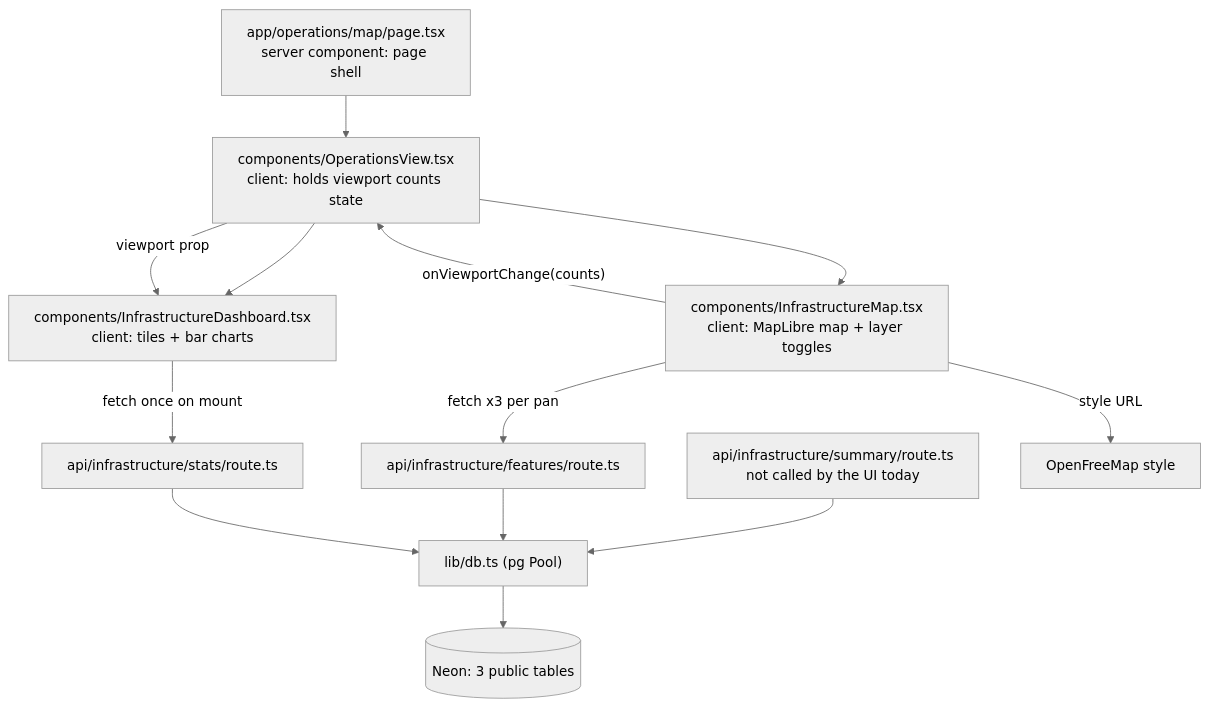
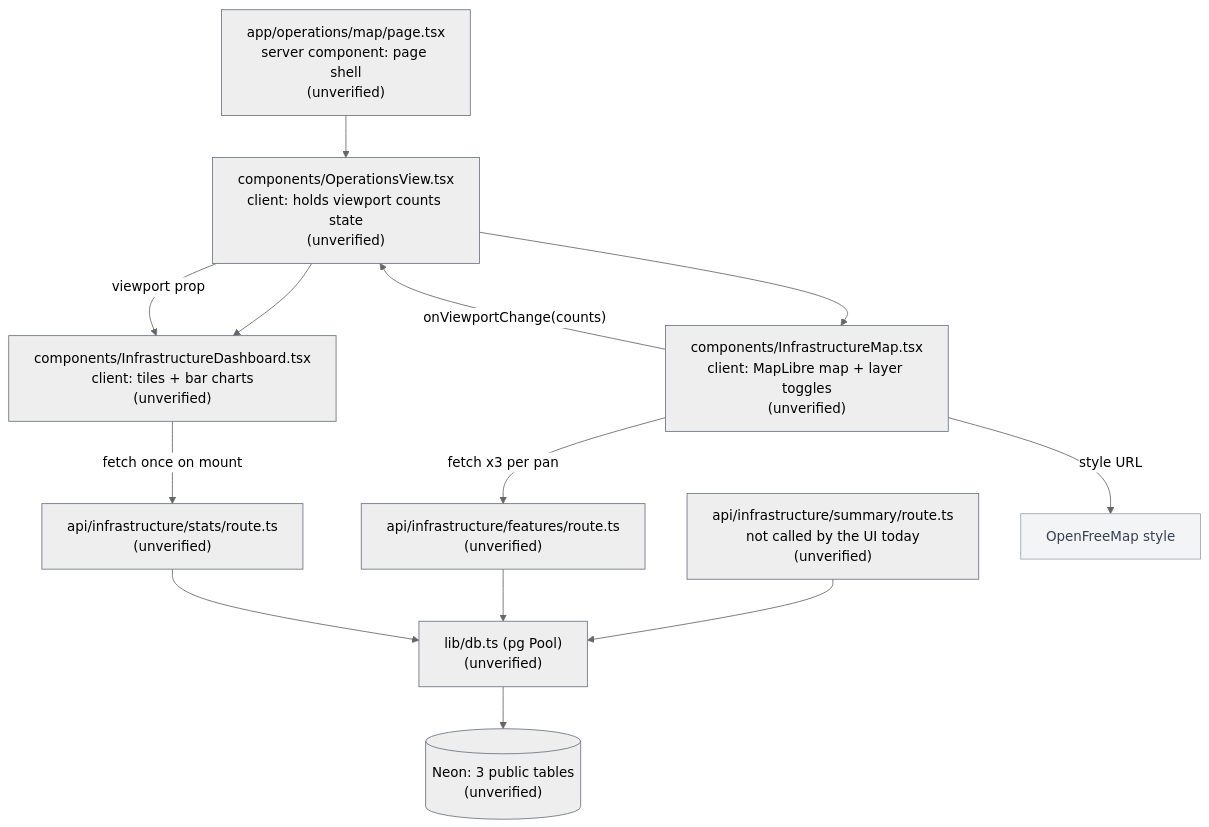
The third of 5 diagrams in docs/architecture/system-architecture.md (adrianfarhat/orlando-infrastructure-etl), drawn with Mermaid (neutral theme) before and after one commit. The commit also changed other lines of this file and 7 other files, not shown here.

````diff
--- a/docs/architecture/system-architecture.md
+++ b/docs/architecture/system-architecture.md
@@ -105,26 +128,33 @@
 ```mermaid
 flowchart TB
-  PAGE["app/operations/map/page.tsx<br/>server component: page shell"]
-  OV["components/OperationsView.tsx<br/>client: holds viewport counts state"]
-  MAP["components/InfrastructureMap.tsx<br/>client: MapLibre map + layer toggles"]
-  DASH["components/InfrastructureDashboard.tsx<br/>client: tiles + bar charts"]
-  R1["api/infrastructure/summary/route.ts<br/>not called by the UI today"]
-  R2["api/infrastructure/features/route.ts"]
-  R3["api/infrastructure/stats/route.ts"]
-  POOL["lib/db.ts (pg Pool)"]
-  DB[("Neon: 3 public tables")]
+  PAGE["app/operations/map/page.tsx<br/>server component: page shell<br/>(unverified)"]
+  OV["components/OperationsView.tsx<br/>client: holds viewport counts state<br/>(unverified)"]
+  MAP["components/InfrastructureMap.tsx<br/>client: MapLibre map + layer toggles<br/>(unverified)"]
+  DASH["components/InfrastructureDashboard.tsx<br/>client: tiles + bar charts<br/>(unverified)"]
+  R1["api/infrastructure/summary/route.ts<br/>not called by the UI today<br/>(unverified)"]
+  R2["api/infrastructure/features/route.ts<br/>(unverified)"]
+  R3["api/infrastructure/stats/route.ts<br/>(unverified)"]
+  POOL["lib/db.ts (pg Pool)<br/>(unverified)"]
+  DB[("Neon: 3 public tables<br/>(unverified)")]
   OFM["OpenFreeMap style"]
 
   PAGE --> OV
   OV --> MAP
   OV --> DASH
   MAP -->|"onViewportChange(counts)"| OV
   OV -->|"viewport prop"| DASH
   MAP -->|"fetch x3 per pan"| R2
   MAP -->|"style URL"| OFM
   DASH -->|"fetch once on mount"| R3
   R1 --> POOL
   R2 --> POOL
   R3 --> POOL
   POOL --> DB
+
+  classDef verified stroke:#111827,stroke-width:3px
+  classDef unverified stroke:#6b7280,stroke-width:1px
+  classDef planned stroke:#6b7280,stroke-width:1px,stroke-dasharray:6 4
+  classDef external fill:#f3f4f6,stroke:#9ca3af,color:#374151
+  class PAGE,OV,MAP,DASH,R1,R2,R3,POOL,DB unverified
+  class OFM external
 ```
````
